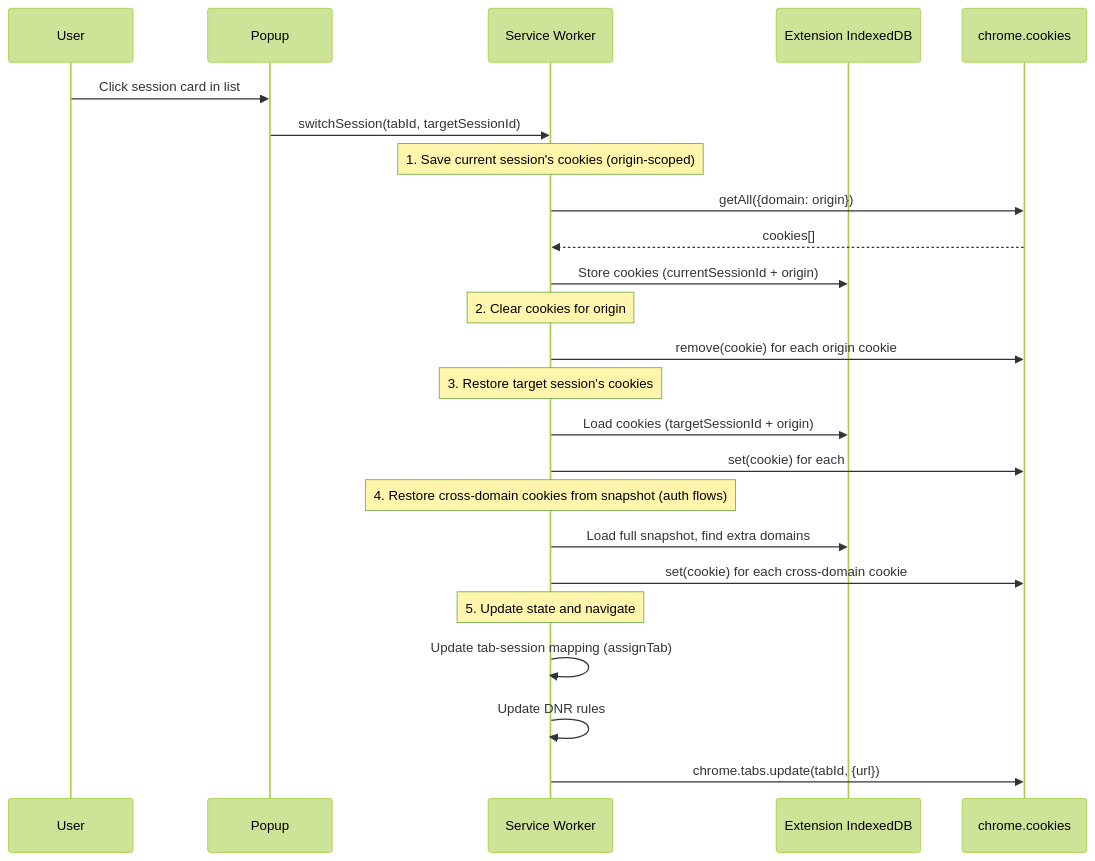
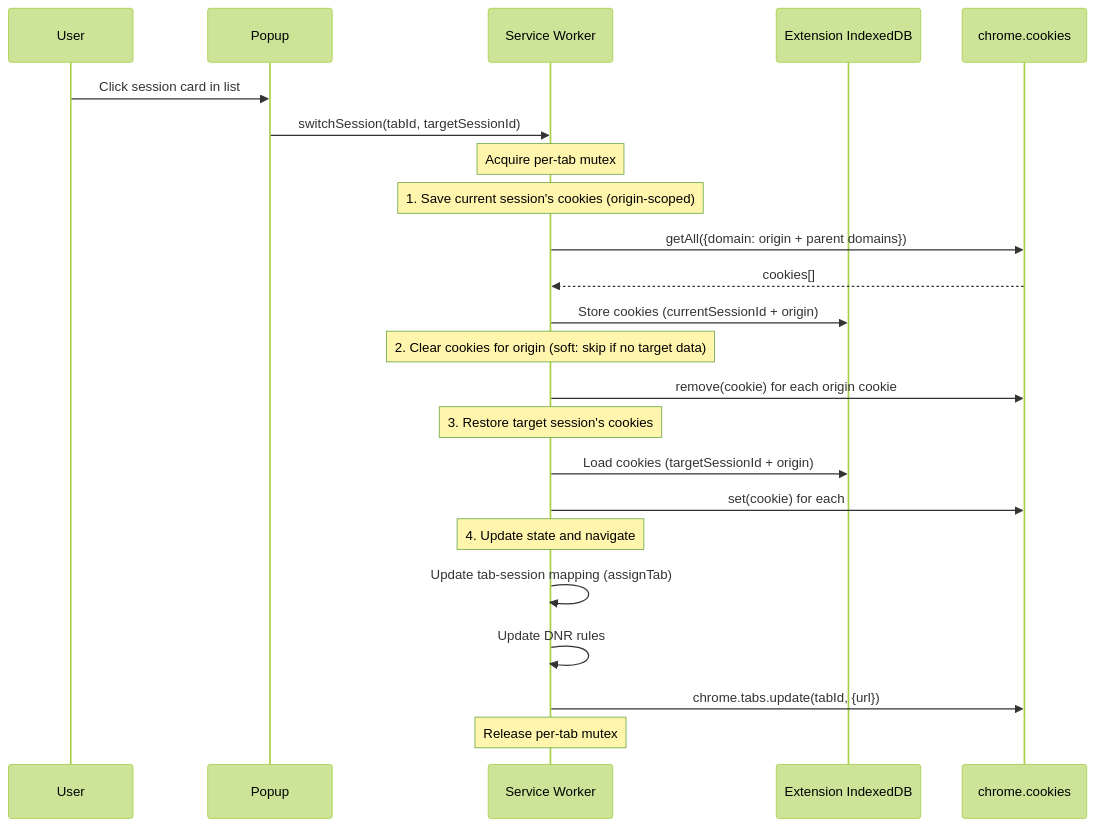
One commit to msaidbilgehan/unaware-sessions-browser-extension changed the second of 3 diagrams in Docs/2-Product-Specifications.md. Above: the diagram before and after it, drawn with Mermaid (forest theme). The commit also changed other lines of this file and 5 other files, not shown here.

````diff
--- a/Docs/2-Product-Specifications.md
+++ b/Docs/2-Product-Specifications.md
@@ -162,32 +196,32 @@
 ```mermaid
 sequenceDiagram
     participant U as User
     participant P as Popup
     participant SW as Service Worker
     participant DB as Extension IndexedDB
     participant API as chrome.cookies
 
     U->>P: Click session card in list
     P->>SW: switchSession(tabId, targetSessionId)
     
+    Note over SW: Acquire per-tab mutex
+    
     Note over SW: 1. Save current session's cookies (origin-scoped)
-    SW->>API: getAll({domain: origin})
+    SW->>API: getAll({domain: origin + parent domains})
     API-->>SW: cookies[]
     SW->>DB: Store cookies (currentSessionId + origin)
     
-    Note over SW: 2. Clear cookies for origin
+    Note over SW: 2. Clear cookies for origin (soft: skip if no target data)
     SW->>API: remove(cookie) for each origin cookie
     
     Note over SW: 3. Restore target session's cookies
     SW->>DB: Load cookies (targetSessionId + origin)
     SW->>API: set(cookie) for each
     
-    Note over SW: 4. Restore cross-domain cookies from snapshot (auth flows)
-    SW->>DB: Load full snapshot, find extra domains
-    SW->>API: set(cookie) for each cross-domain cookie
-    
-    Note over SW: 5. Update state and navigate
+    Note over SW: 4. Update state and navigate
     SW->>SW: Update tab-session mapping (assignTab)
     SW->>SW: Update DNR rules
     SW->>API: chrome.tabs.update(tabId, {url})
+    
+    Note over SW: Release per-tab mutex
 ```
````
